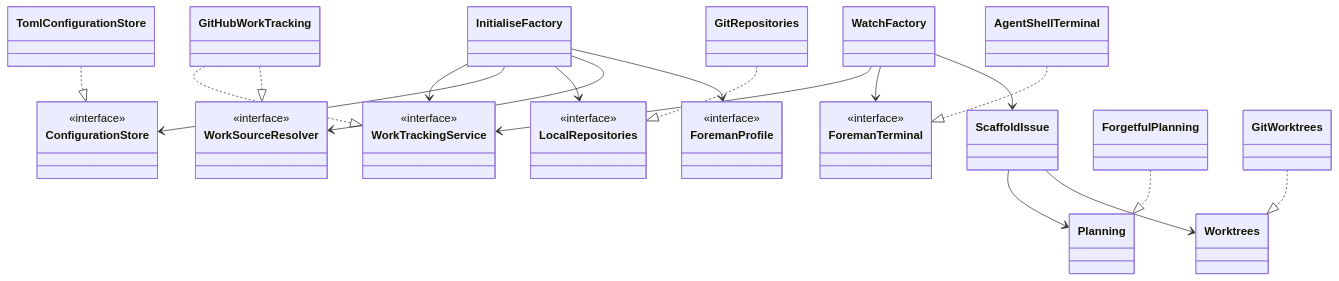
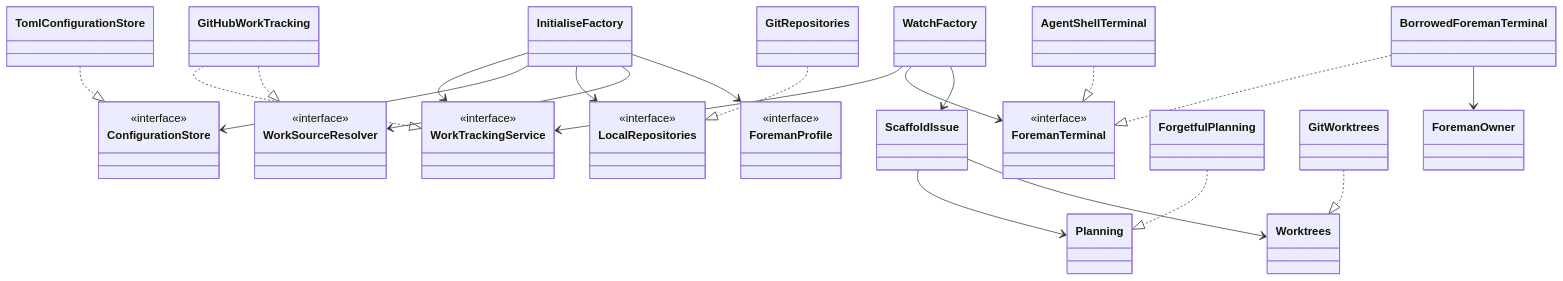
Before and after one commit to ScottRBK/factory: the diagram in docs/architecture.md, drawn with Mermaid. The commit also changed other lines of this file and 83 other files, not shown here.

````diff
--- a/docs/architecture.md
+++ b/docs/architecture.md
@@ -35,39 +44,41 @@
 ```mermaid
 classDiagram
     direction TB
     class WorkTrackingService {
         <<interface>>
     }
     class ConfigurationStore {
         <<interface>>
     }
     class LocalRepositories {
         <<interface>>
     }
     class WorkSourceResolver {
         <<interface>>
     }
     class ForemanTerminal {
         <<interface>>
     }
     class ForemanProfile {
         <<interface>>
     }
     InitialiseFactory --> WorkTrackingService
     InitialiseFactory --> ConfigurationStore
     InitialiseFactory --> LocalRepositories
     InitialiseFactory --> WorkSourceResolver
     InitialiseFactory --> ForemanProfile
     WatchFactory --> WorkTrackingService
     WatchFactory --> ForemanTerminal
     WatchFactory --> ScaffoldIssue
     ScaffoldIssue --> Planning
     ScaffoldIssue --> Worktrees
     ForgetfulPlanning ..|> Planning
     GitWorktrees ..|> Worktrees
     GitHubWorkTracking ..|> WorkTrackingService
     GitHubWorkTracking ..|> WorkSourceResolver
     TomlConfigurationStore ..|> ConfigurationStore
     GitRepositories ..|> LocalRepositories
     AgentShellTerminal ..|> ForemanTerminal
+    BorrowedForemanTerminal ..|> ForemanTerminal
+    BorrowedForemanTerminal --> ForemanOwner
 ```
````
